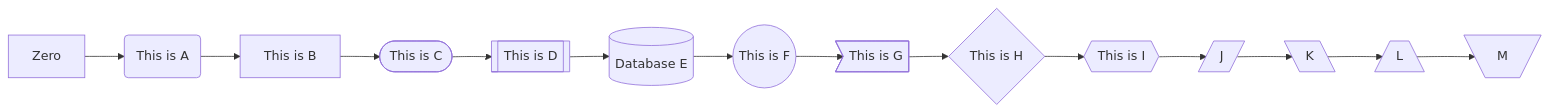
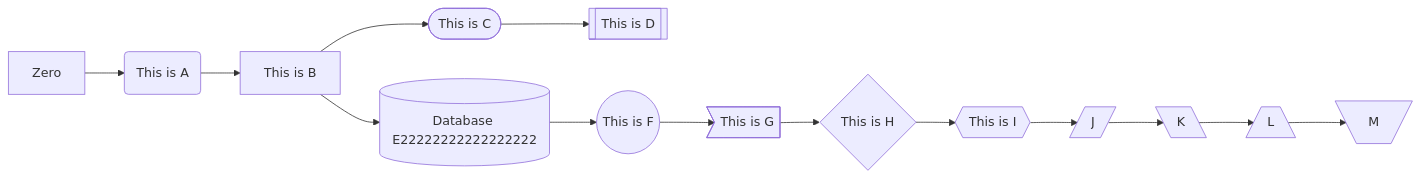
The diagram in test.md (DalianLiye/KnowledgeBase), drawn with Mermaid before and after one commit.

````diff
--- a/test.md
+++ b/test.md
@@ -9,34 +9,35 @@
 ```mermaid
 %% graph TD; comment
 graph LR
 
 Zero
 
 A(This is A)
 
 B[This is B]
 
 C([This is C])
 
 D[[This is D]]
 
-E[(Database E)]
+E[(Database E22222222222222222)]
 
 F((This is F))
 
 G>This is G]
 
 H{This is H}
 
 I{{This is I}}
 
 J[/J/]
 
 K[\K\]
 
 L[/L\]
 
 M[\ M/]
 
-Zero --> A --> B --> C --> D --> E --> F --> G --> H --> I --> J --> K --> L --> M
+Zero --> A --> B --> C --> D
+B --> E --> F --> G --> H --> I --> J --> K --> L --> M
 ```
````
